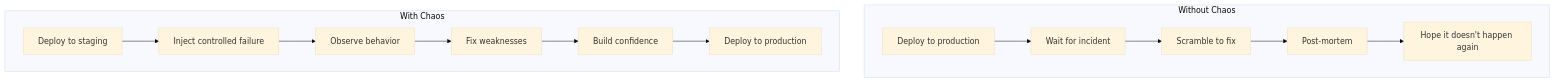
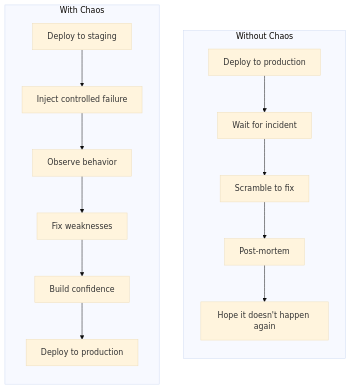
Before and after one commit to actions-marketplace-validations/bmscomp_kates: the first of 8 diagrams in docs/book/06-chaos-theory.md, drawn with Mermaid (base theme). The commit also changed other lines of this file and 21 other files, not shown here.

First line of the commit message:
docs(book): readable code and diagrams, and a light/dark theme (#187)

````diff
--- a/docs/book/06-chaos-theory.md
+++ b/docs/book/06-chaos-theory.md
@@ -23,17 +23,19 @@
 ```mermaid
 graph TD
     subgraph Without Chaos
+        direction TB
         A[Deploy to production] --> B[Wait for incident]
         B --> C[Scramble to fix]
         C --> D[Post-mortem]
         D --> E[Hope it doesn't happen again]
     end
     
     subgraph With Chaos
+        direction TB
         F[Deploy to staging] --> G[Inject controlled failure]
         G --> H[Observe behavior]
         H --> I[Fix weaknesses]
         I --> J[Build confidence]
         J --> K[Deploy to production]
     end
 ```
````
